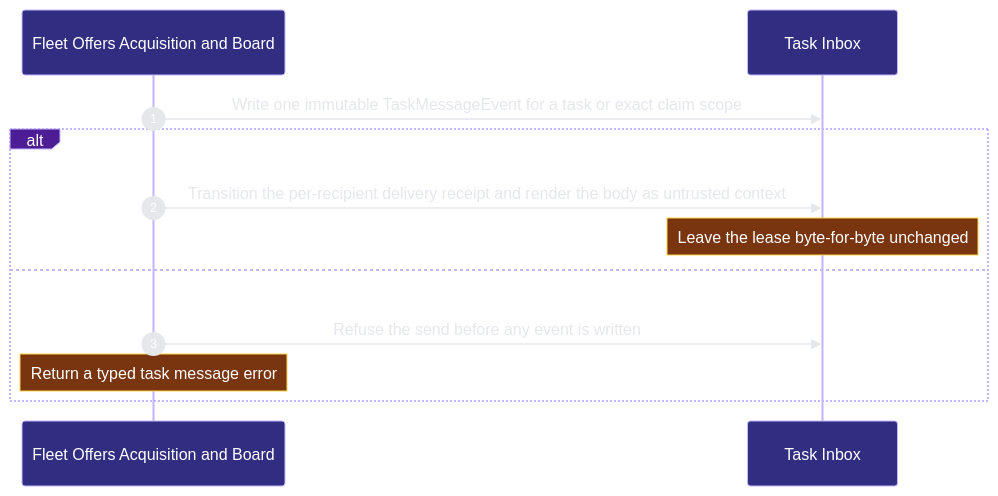
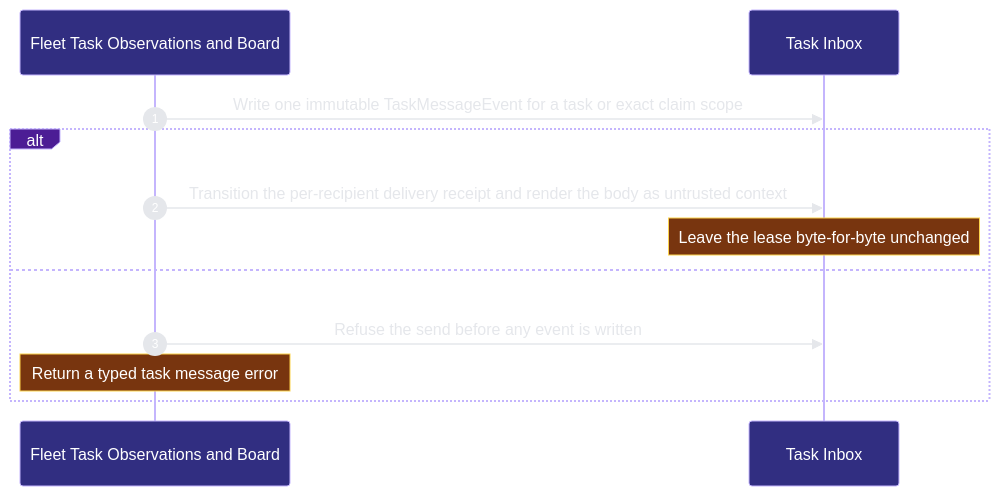
The second of 2 diagrams in docs/architecture/modules/organization/task-fleet.md (Ancienttwo/repo-harness), drawn with Mermaid before and after one commit. The commit also changed other lines of this file and 15 other files, not shown here.

Commit message:
docs(architecture): project slice B and drop retired PM and delegated-run entries

````diff
--- a/docs/architecture/modules/organization/task-fleet.md
+++ b/docs/architecture/modules/organization/task-fleet.md
@@ -109,15 +88,15 @@
 ```mermaid
 %%{init: {"theme":"base","themeVariables":{"background":"#0d1117","actorBkg":"#312e81","actorBorder":"#c4b5fd","actorTextColor":"#ffffff","signalColor":"#e5e7eb","signalTextColor":"#e5e7eb","labelBoxBkgColor":"#4c1d95","labelBoxBorderColor":"#c4b5fd","labelTextColor":"#ffffff","noteBkgColor":"#78350f","noteBorderColor":"#fcd34d","noteTextColor":"#ffffff","sequenceNumberColor":"#ffffff"}}}%%
 sequenceDiagram
   autonumber
-  participant p2_command_015216f4 as Fleet Offers Acquisition and Board
+  participant p2_command_015216f4 as Fleet Task Observations and Board
   participant p2_inbox_44cb8de0 as Task Inbox
   p2_command_015216f4->>p2_inbox_44cb8de0: Write one immutable TaskMessageEvent for a task or exact claim scope
   alt The current recipient receives the message once
   p2_command_015216f4->>p2_inbox_44cb8de0: Transition the per-recipient delivery receipt and render the body as untrusted context
     Note over p2_inbox_44cb8de0: Leave the lease byte-for-byte unchanged
   else The sender lacks current authority or the claim scope is stale
   p2_command_015216f4->>p2_inbox_44cb8de0: Refuse the send before any event is written
     Note over p2_command_015216f4: Return a typed task message error
   end
 ```
````
